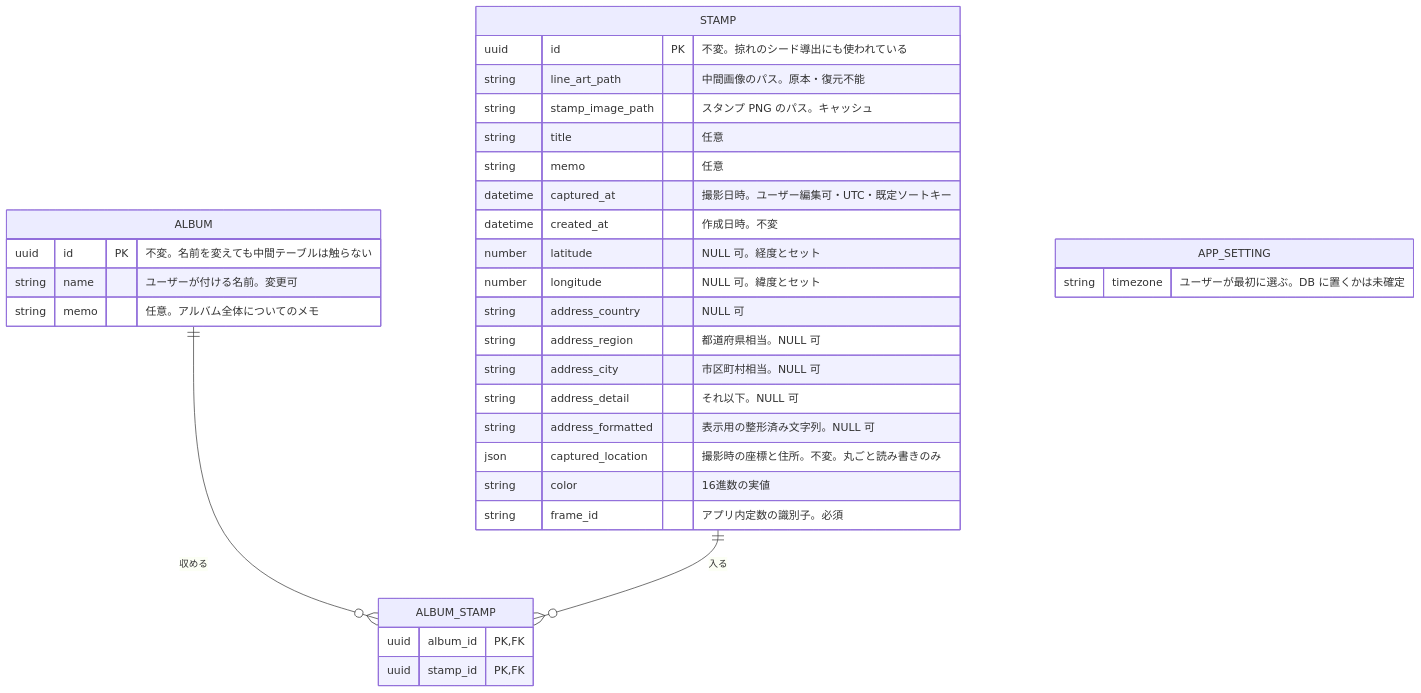
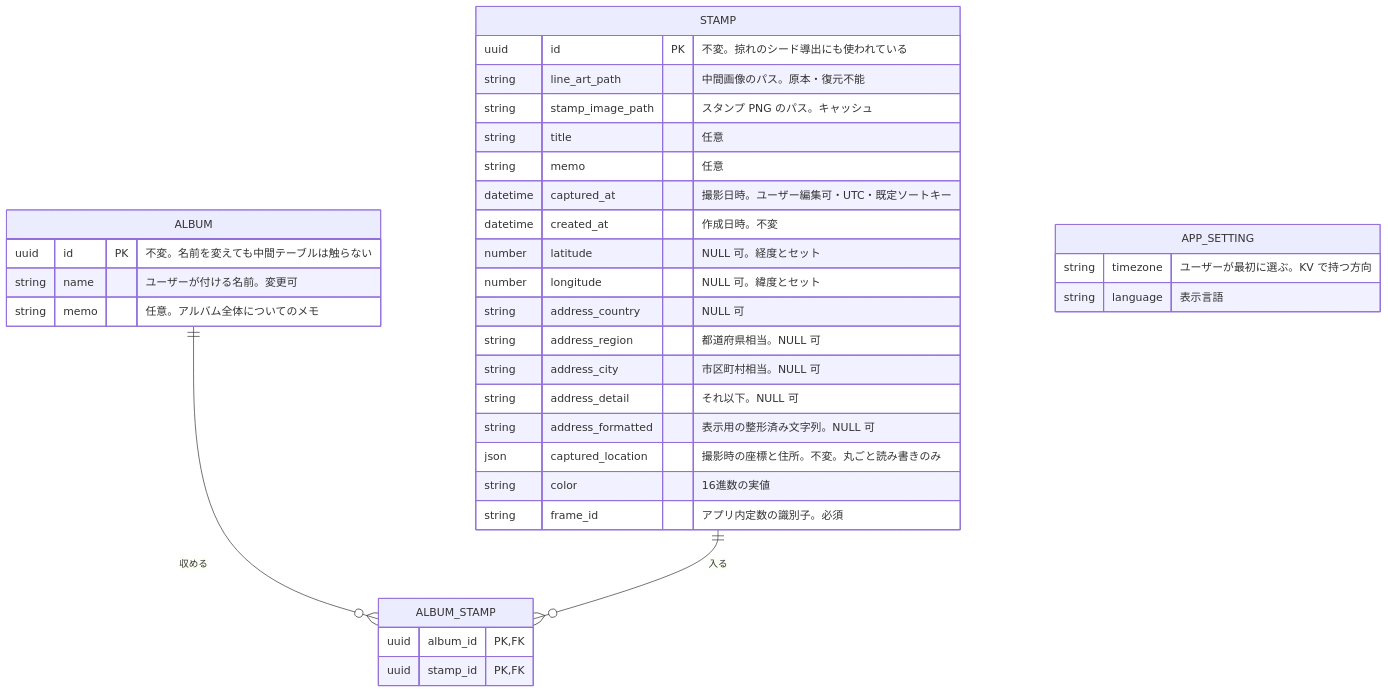
One commit to monarizzz/tabipon changed the first of 3 diagrams in docs/data-model.md. Above: the diagram before and after it, drawn with Mermaid. The commit also changed other lines of this file, not shown here.

````diff
--- a/docs/data-model.md
+++ b/docs/data-model.md
@@ -59,40 +59,41 @@
 ```mermaid
 erDiagram
     STAMP {
         uuid id PK "不変。掠れのシード導出にも使われている"
         string line_art_path "中間画像のパス。原本・復元不能"
         string stamp_image_path "スタンプ PNG のパス。キャッシュ"
         string title "任意"
         string memo "任意"
         datetime captured_at "撮影日時。ユーザー編集可・UTC・既定ソートキー"
         datetime created_at "作成日時。不変"
         number latitude "NULL 可。経度とセット"
         number longitude "NULL 可。緯度とセット"
         string address_country "NULL 可"
         string address_region "都道府県相当。NULL 可"
         string address_city "市区町村相当。NULL 可"
         string address_detail "それ以下。NULL 可"
         string address_formatted "表示用の整形済み文字列。NULL 可"
         json captured_location "撮影時の座標と住所。不変。丸ごと読み書きのみ"
         string color "16進数の実値"
         string frame_id "アプリ内定数の識別子。必須"
     }
 
     ALBUM {
         uuid id PK "不変。名前を変えても中間テーブルは触らない"
         string name "ユーザーが付ける名前。変更可"
         string memo "任意。アルバム全体についてのメモ"
     }
 
     ALBUM_STAMP {
         uuid album_id PK,FK
         uuid stamp_id PK,FK
     }
 
     APP_SETTING {
-        string timezone "ユーザーが最初に選ぶ。DB に置くかは未確定"
+        string timezone "ユーザーが最初に選ぶ。KV で持つ方向"
+        string language "表示言語"
     }
 
     ALBUM ||--o{ ALBUM_STAMP : "収める"
     STAMP ||--o{ ALBUM_STAMP : "入る"
 ```
````
